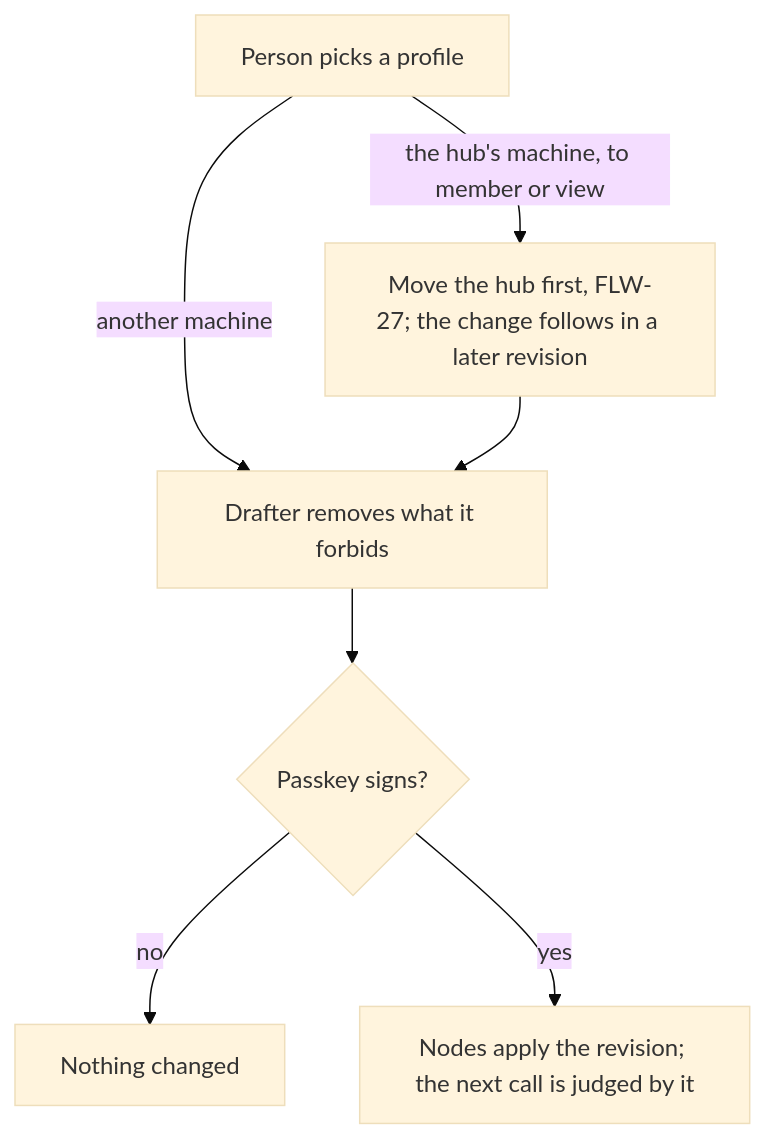
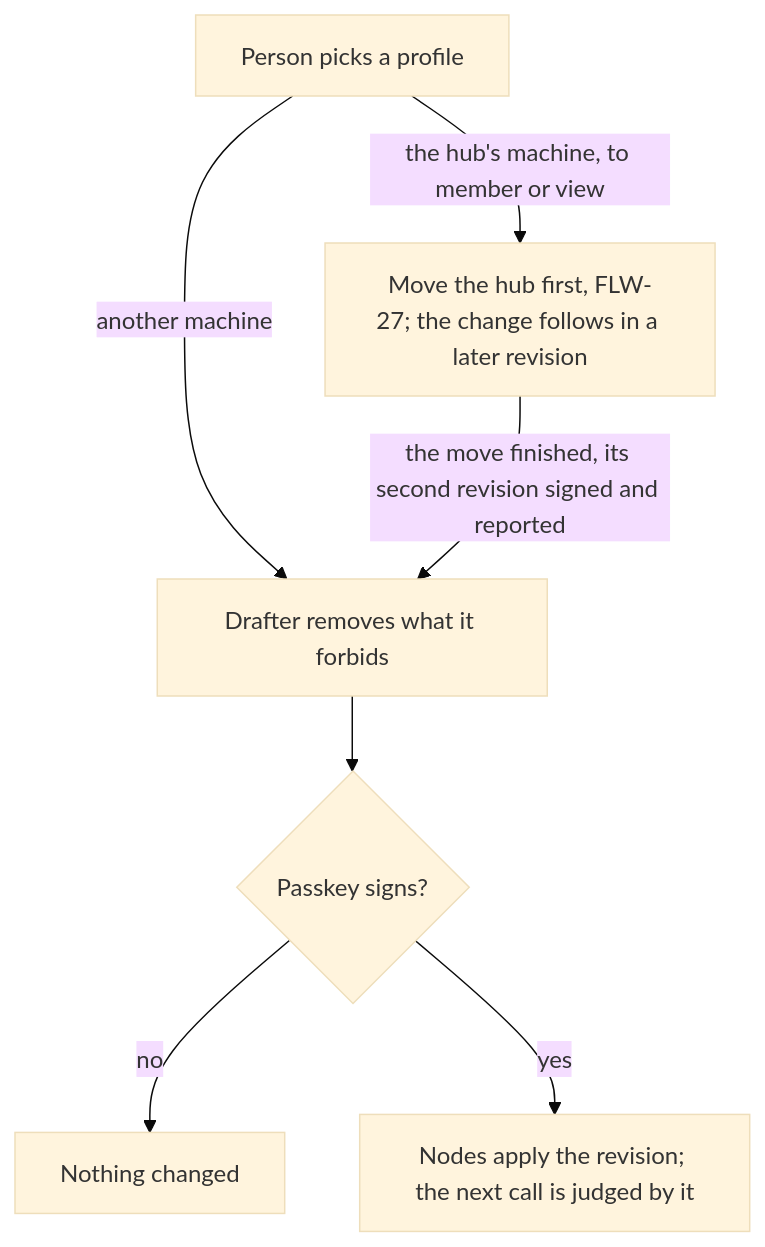
Before and after one commit to passioncode-ai/fabric-agent-contract: diagram 26 of 34 in docs/ux/flows.md, drawn with Mermaid (base theme). The commit also changed other lines of this file and 4 other files, not shown here.

````diff
--- a/docs/ux/flows.md
+++ b/docs/ux/flows.md
@@ -643,9 +643,9 @@
 ```mermaid
 flowchart TD
   P[Person picks a profile] -->|another machine| D[Drafter removes what it forbids]
   P -->|the hub's machine, to member or view| H[Move the hub first, FLW-27; the change follows in a later revision]
-  H --> D
+  H -->|the move finished, its second revision signed and reported| D
   D --> G{Passkey signs?}
   G -->|no| N[Nothing changed]
   G -->|yes| A[Nodes apply the revision; the next call is judged by it]
 ```
````
